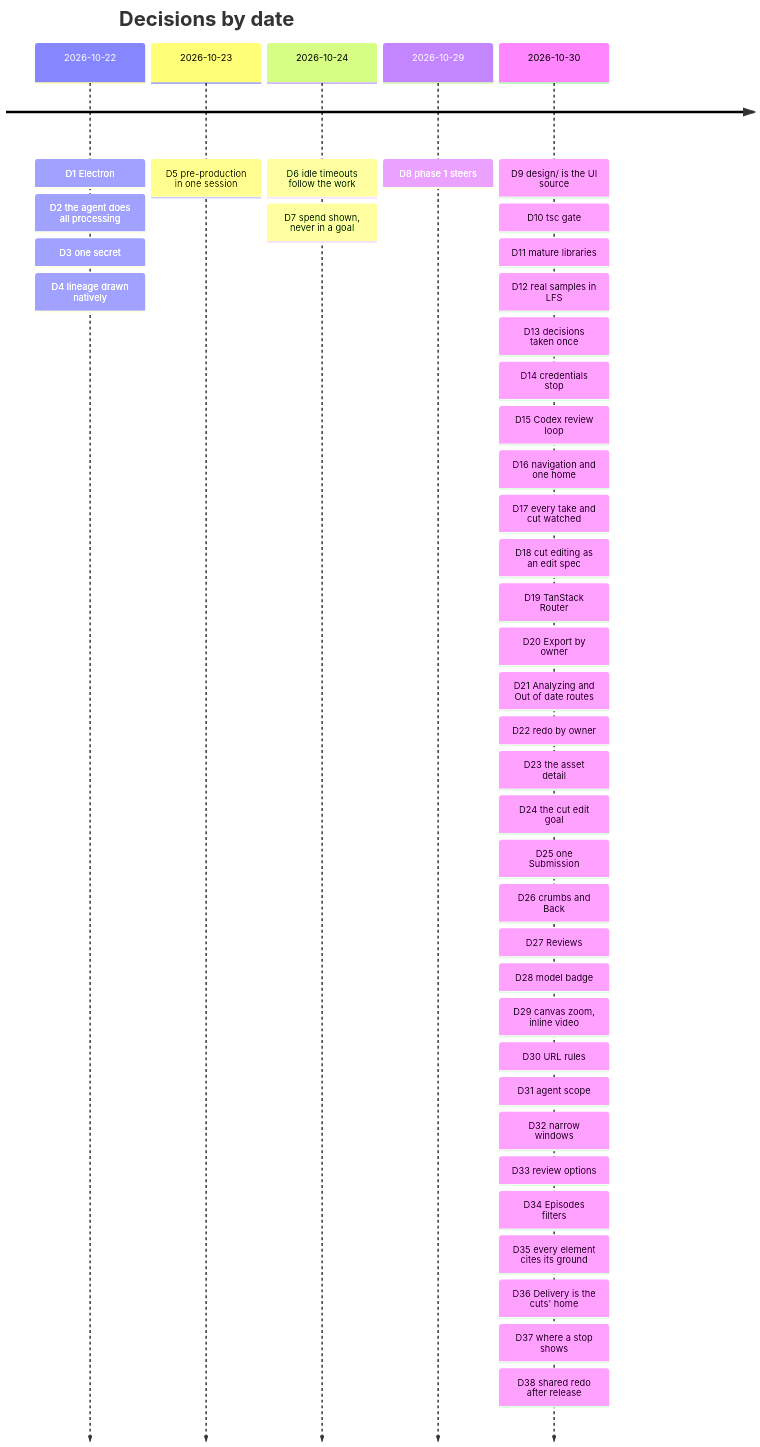
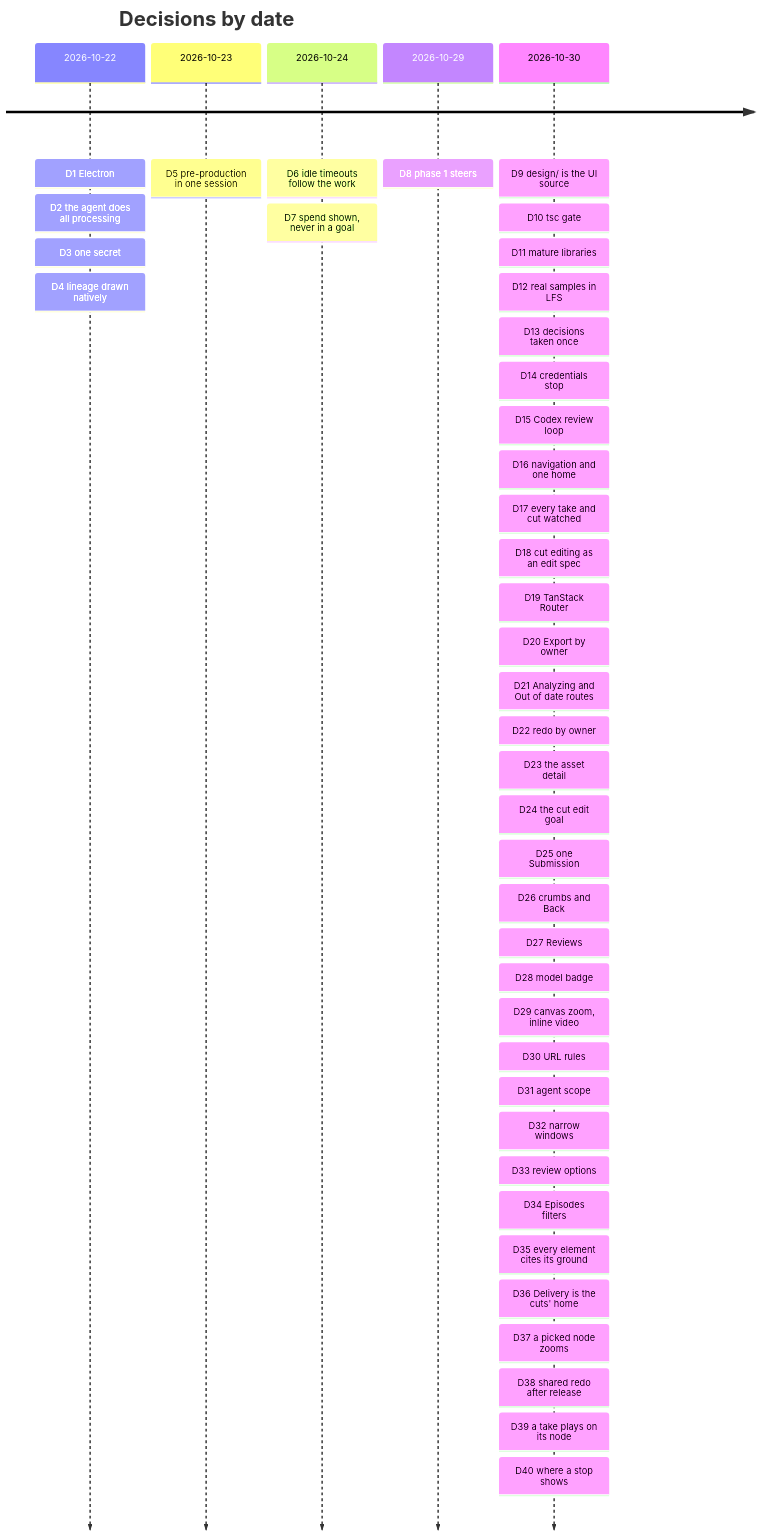
Before and after one commit to PineComputer/open-pinedrama: the diagram in docs/decisions.md, drawn with Mermaid. The commit also changed other lines of this file, not shown here.

First line of the commit message:
docs: the decision log in order, one number each; the stop entry is D40

````diff
--- a/docs/decisions.md
+++ b/docs/decisions.md
@@ -16,9 +18,9 @@
 ```mermaid
 timeline
   title Decisions by date
   2026-10-22 : D1 Electron : D2 the agent does all processing : D3 one secret : D4 lineage drawn natively
   2026-10-23 : D5 pre-production in one session
   2026-10-24 : D6 idle timeouts follow the work : D7 spend shown, never in a goal
   2026-10-29 : D8 phase 1 steers
-  2026-10-30 : D9 design/ is the UI source : D10 tsc gate : D11 mature libraries : D12 real samples in LFS : D13 decisions taken once : D14 credentials stop : D15 Codex review loop : D16 navigation and one home : D17 every take and cut watched : D18 cut editing as an edit spec : D19 TanStack Router : D20 Export by owner : D21 Analyzing and Out of date routes : D22 redo by owner : D23 the asset detail : D24 the cut edit goal : D25 one Submission : D26 crumbs and Back : D27 Reviews : D28 model badge : D29 canvas zoom, inline video : D30 URL rules : D31 agent scope : D32 narrow windows : D33 review options : D34 Episodes filters : D35 every element cites its ground : D36 Delivery is the cuts' home : D37 where a stop shows : D38 shared redo after release
+  2026-10-30 : D9 design/ is the UI source : D10 tsc gate : D11 mature libraries : D12 real samples in LFS : D13 decisions taken once : D14 credentials stop : D15 Codex review loop : D16 navigation and one home : D17 every take and cut watched : D18 cut editing as an edit spec : D19 TanStack Router : D20 Export by owner : D21 Analyzing and Out of date routes : D22 redo by owner : D23 the asset detail : D24 the cut edit goal : D25 one Submission : D26 crumbs and Back : D27 Reviews : D28 model badge : D29 canvas zoom, inline video : D30 URL rules : D31 agent scope : D32 narrow windows : D33 review options : D34 Episodes filters : D35 every element cites its ground : D36 Delivery is the cuts' home : D37 a picked node zooms : D38 shared redo after release : D39 a take plays on its node : D40 where a stop shows
 ```
````
